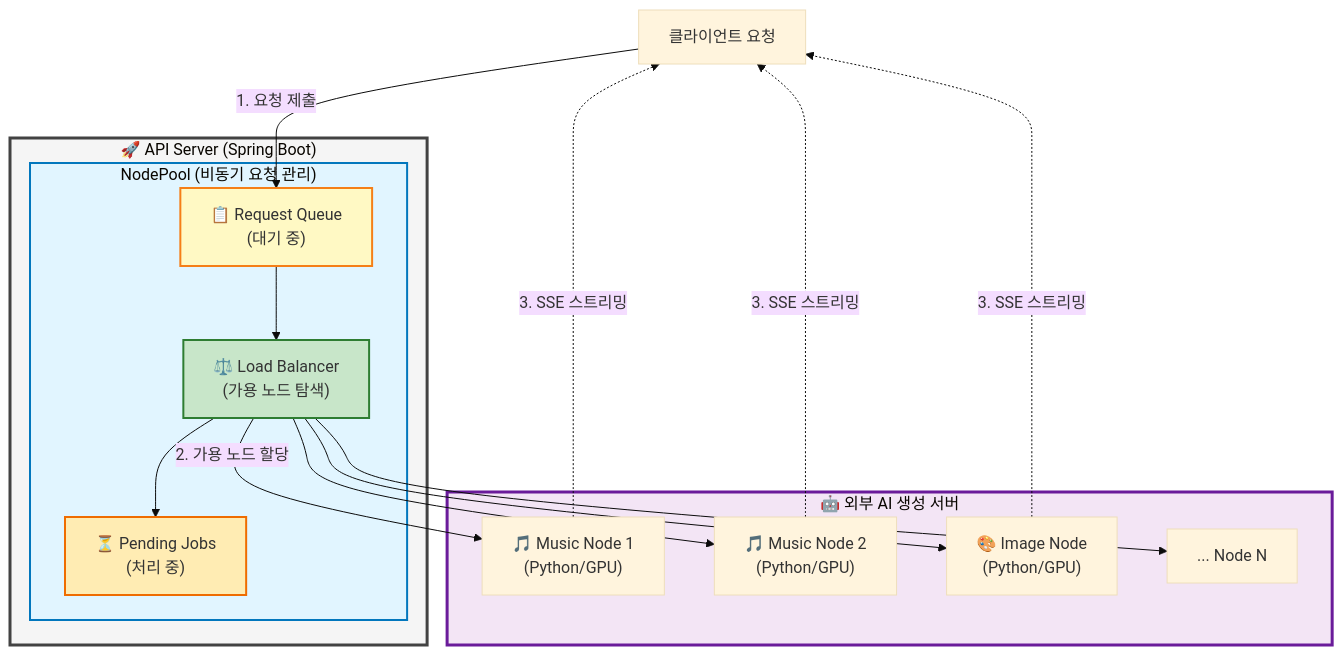
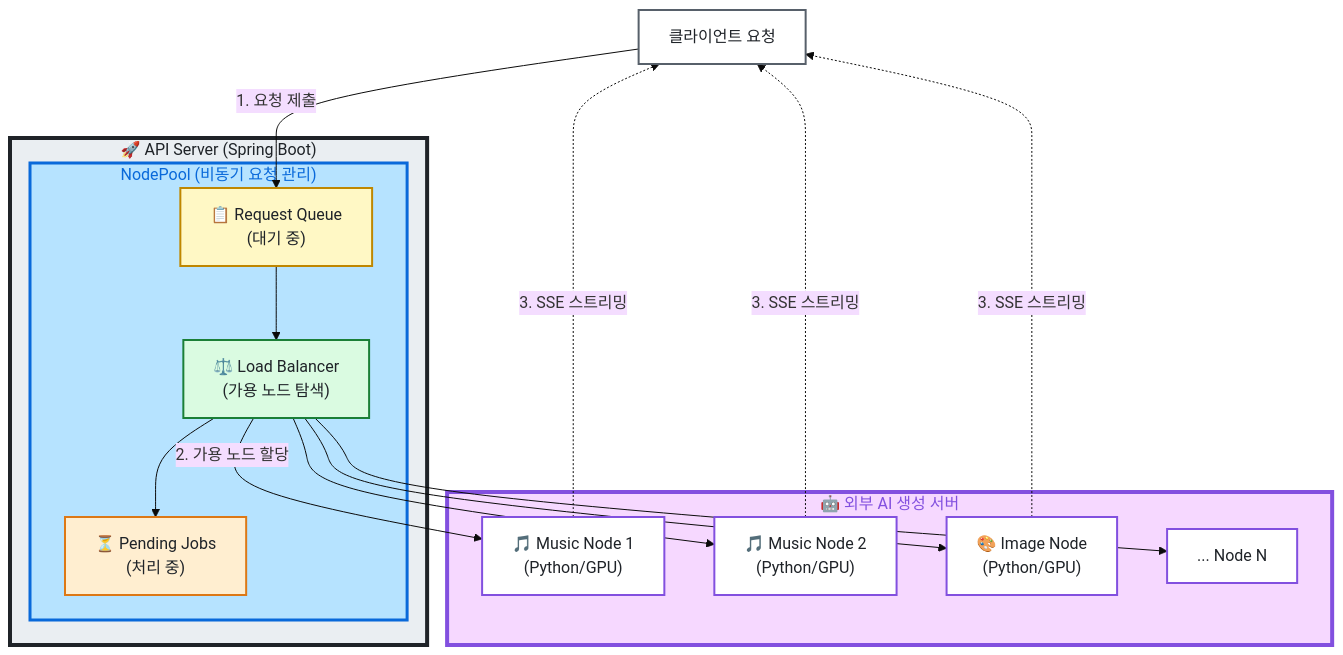
The first of 2 diagrams in README.md (Capstone-Memoria/Memoria-Back), drawn with Mermaid (base theme) before and after one commit. The commit also changed other lines of this file, not shown here.

First line of the commit message:
refactor: update styles in README.md for flowchart elements

````diff
--- a/README.md
+++ b/README.md
@@ -34,39 +34,47 @@
 ```mermaid
 flowchart TB
     Client[클라이언트 요청]
 
     subgraph SpringBoot["🚀 API Server (Spring Boot)"]
         subgraph NodePool["NodePool (비동기 요청 관리)"]
             Queue["📋 Request Queue<br/>(대기 중)"]
             Pending["⏳ Pending Jobs<br/>(처리 중)"]
             LoadBalancer["⚖️ Load Balancer<br/>(가용 노드 탐색)"]
 
             Queue --> LoadBalancer
             LoadBalancer --> Pending
         end
     end
 
     subgraph AINodes["🤖 외부 AI 생성 서버"]
         Node1["🎵 Music Node 1<br/>(Python/GPU)"]
         Node2["🎵 Music Node 2<br/>(Python/GPU)"]
         Node3["🎨 Image Node<br/>(Python/GPU)"]
         NodeN["... Node N"]
     end
 
     Client -->|"1. 요청 제출"| Queue
     LoadBalancer -->|"2. 가용 노드 할당"| Node1
     LoadBalancer --> Node2
     LoadBalancer --> Node3
     LoadBalancer --> NodeN
 
     Node1 -.->|"3. SSE 스트리밍"| Client
     Node2 -.->|"3. SSE 스트리밍"| Client
     Node3 -.->|"3. SSE 스트리밍"| Client
 
-    style NodePool fill:#e1f5ff,stroke:#0277bd,stroke-width:2px
-    style Queue fill:#fff9c4,stroke:#f57f17,stroke-width:2px
-    style Pending fill:#ffecb3,stroke:#ef6c00,stroke-width:2px
-    style LoadBalancer fill:#c8e6c9,stroke:#2e7d32,stroke-width:2px
-    style SpringBoot fill:#f5f5f5,stroke:#424242,stroke-width:3px
-    style AINodes fill:#f3e5f5,stroke:#6a1b9a,stroke-width:3px
+    %% Subgraph 스타일
+    style SpringBoot fill:#eaeef2,stroke:#1f2328,stroke-width:4px,color:#1f2328
+    style NodePool fill:#b6e3ff,stroke:#0969da,stroke-width:3px,color:#0969da
+    style AINodes fill:#f6d8ff,stroke:#8250df,stroke-width:4px,color:#8250df
+
+    %% 개별 노드 스타일 (밝은 배경 + 어두운 글자)
+    style Client fill:#ffffff,stroke:#57606a,stroke-width:2px,color:#1f2328
+    style Queue fill:#fff8c5,stroke:#bf8700,stroke-width:2px,color:#1f2328
+    style Pending fill:#ffeed0,stroke:#dd7815,stroke-width:2px,color:#1f2328
+    style LoadBalancer fill:#dafbe1,stroke:#1a7f37,stroke-width:2px,color:#1f2328
+    style Node1 fill:#ffffff,stroke:#8250df,stroke-width:2px,color:#1f2328
+    style Node2 fill:#ffffff,stroke:#8250df,stroke-width:2px,color:#1f2328
+    style Node3 fill:#ffffff,stroke:#8250df,stroke-width:2px,color:#1f2328
+    style NodeN fill:#ffffff,stroke:#8250df,stroke-width:2px,color:#1f2328
 ```
````
